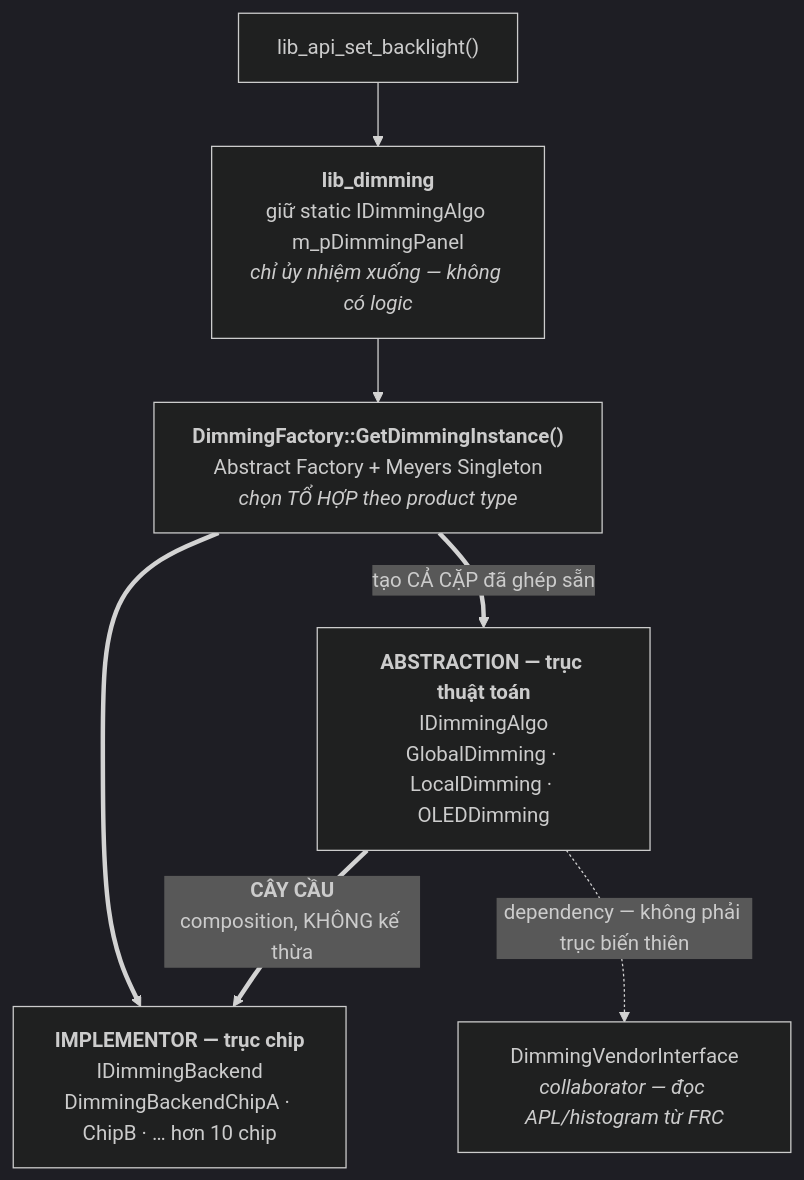
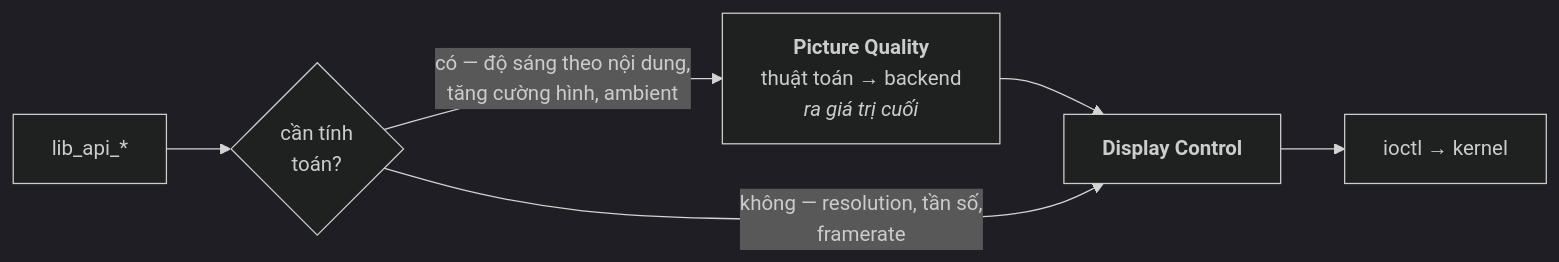
Before and after one commit to gia0901/Embedded-Knowledge: the third of 5 diagrams in 11-design-patterns/in-practice/A1-baseline-libdisplay.md, drawn with Mermaid (dark theme). The commit also changed other lines of this file and 9 other files, not shown here.

````diff
--- a/11-design-patterns/in-practice/A1-baseline-libdisplay.md
+++ b/11-design-patterns/in-practice/A1-baseline-libdisplay.md
@@ -346,15 +182,12 @@
 ```mermaid
-flowchart TD
-    API["lib_api_set_backlight()"]
-    AD["<b>lib_dimming</b><br/>giữ static IDimmingAlgo m_pDimmingPanel<br/><i>chỉ ủy nhiệm xuống — không có logic</i>"]
-    F["<b>DimmingFactory::GetDimmingInstance()</b><br/>Abstract Factory + Meyers Singleton<br/><i>chọn TỔ HỢP theo product type</i>"]
-    A["<b>ABSTRACTION — trục thuật toán</b><br/>IDimmingAlgo<br/>GlobalDimming · LocalDimming · OLEDDimming"]
-    I["<b>IMPLEMENTOR — trục chip</b><br/>IDimmingBackend<br/>DimmingBackendChipA · ChipB · … hơn 10 chip"]
-    V["DimmingVendorInterface<br/><i>collaborator — đọc APL/histogram từ FRC</i>"]
-
-    API --> AD --> F
-    F ==>|"tạo CẢ CẶP đã ghép sẵn"| A
-    F ==> I
-    A ==>|"<b>CÂY CẦU</b><br/>composition, KHÔNG kế thừa"| I
-    A -.->|"dependency — không phải trục biến thiên"| V
+flowchart LR
+    API["lib_api_*"]
+    Q{"cần tính<br/>toán?"}
+    PQ["<b>Picture Quality</b><br/>thuật toán → backend<br/><i>ra giá trị cuối</i>"]
+    DC["<b>Display Control</b>"]
+    K["ioctl → kernel"]
+    API --> Q
+    Q -->|"có — độ sáng theo nội dung,<br/>tăng cường hình, ambient"| PQ --> DC
+    Q -->|"không — resolution, tần số,<br/>framerate"| DC
+    DC --> K
 ```
````
